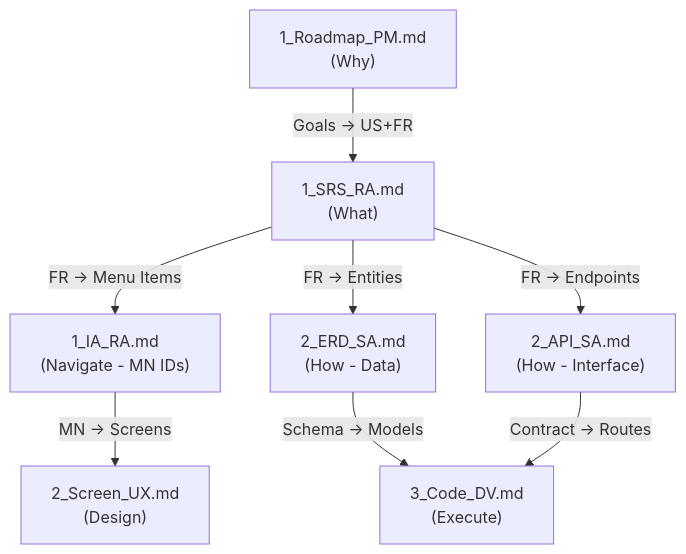
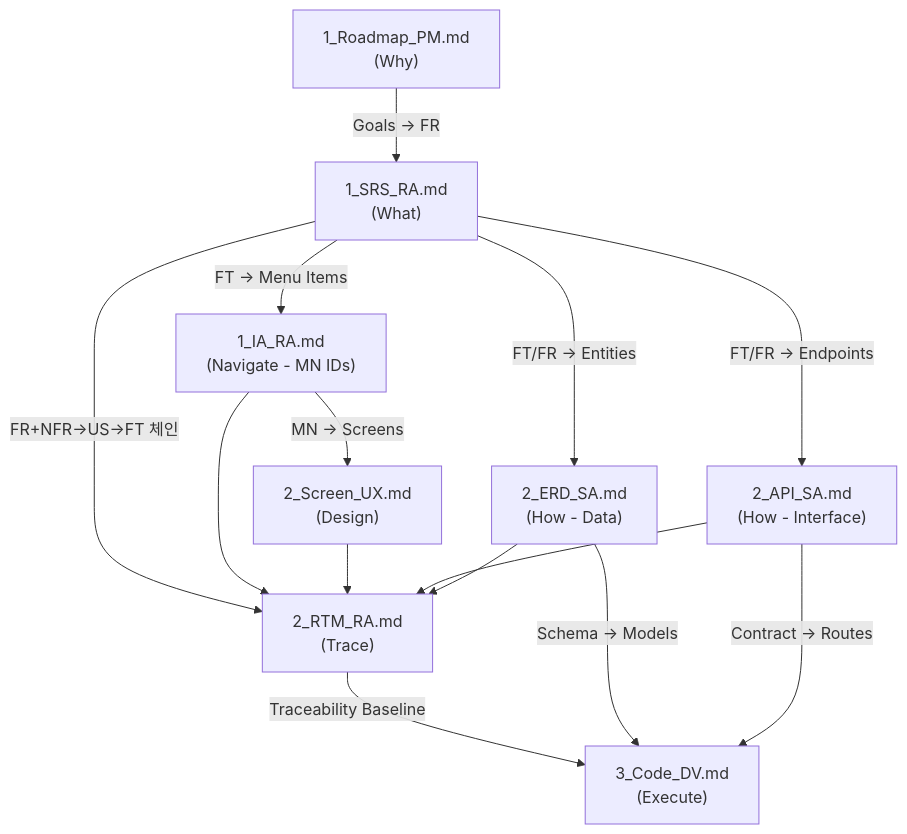
The first of 4 diagrams in _refer/traceability-matrix.md (upleat-ax/u-maker-plugin), drawn with Mermaid before and after one commit. The commit also changed other lines of this file and 22 other files, not shown here.

````diff
--- a/_refer/traceability-matrix.md
+++ b/_refer/traceability-matrix.md
@@ -24,18 +25,25 @@
 ```mermaid
 flowchart TD
     ROADMAP["1_Roadmap_PM.md\n(Why)"]
     SRS["1_SRS_RA.md\n(What)"]
     IA["1_IA_RA.md\n(Navigate - MN IDs)"]
     SCREEN["2_Screen_UX.md\n(Design)"]
     ERD["2_ERD_SA.md\n(How - Data)"]
     API["2_API_SA.md\n(How - Interface)"]
+    RTM["2_RTM_RA.md\n(Trace)"]
     CODE["3_Code_DV.md\n(Execute)"]
 
-    ROADMAP -->|Goals → US+FR| SRS
-    SRS -->|FR → Menu Items| IA
+    ROADMAP -->|Goals → FR| SRS
+    SRS -->|FT → Menu Items| IA
     IA -->|MN → Screens| SCREEN
-    SRS -->|FR → Entities| ERD
-    SRS -->|FR → Endpoints| API
+    SRS -->|FT/FR → Entities| ERD
+    SRS -->|FT/FR → Endpoints| API
+    SRS -->|FR+NFR→US→FT 체인| RTM
+    IA --> RTM
+    SCREEN --> RTM
+    API --> RTM
+    ERD --> RTM
+    RTM -->|Traceability Baseline| CODE
     ERD -->|Schema → Models| CODE
     API -->|Contract → Routes| CODE
 ```
````
